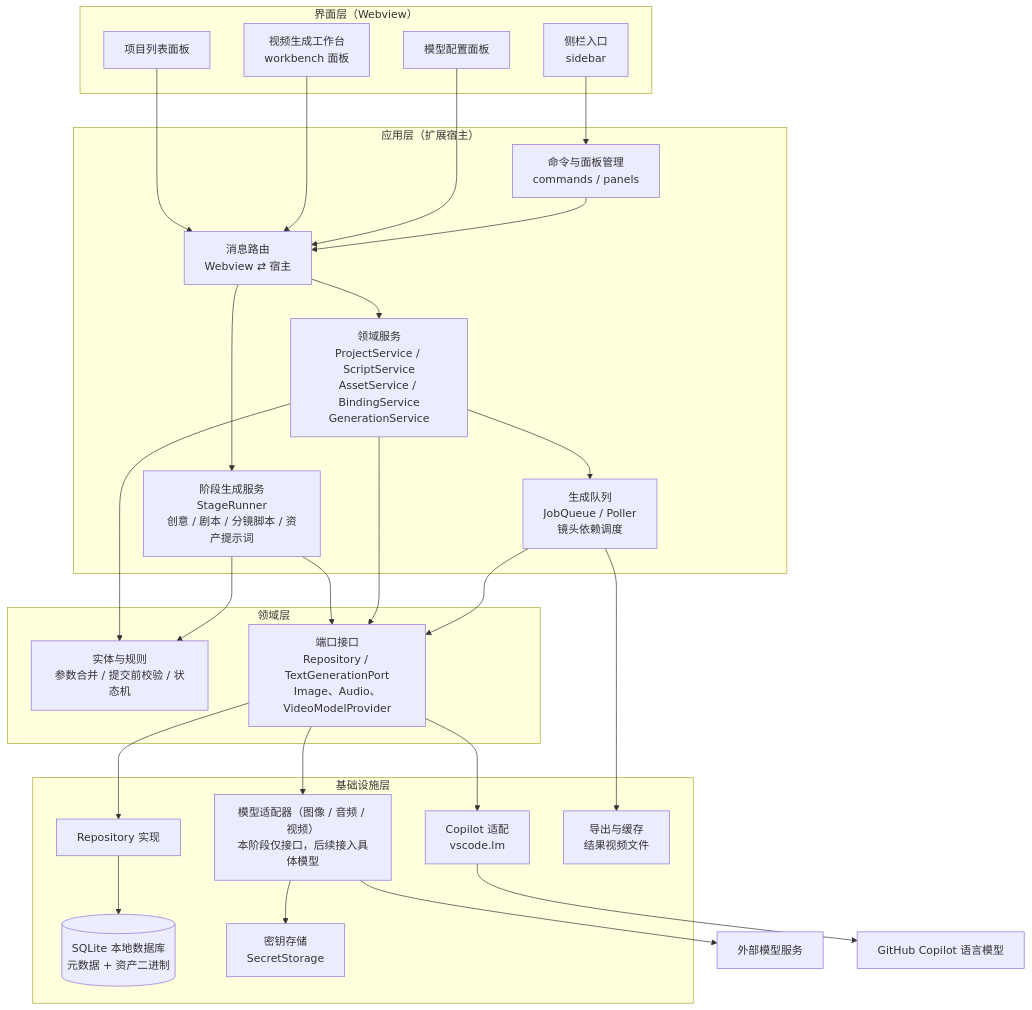
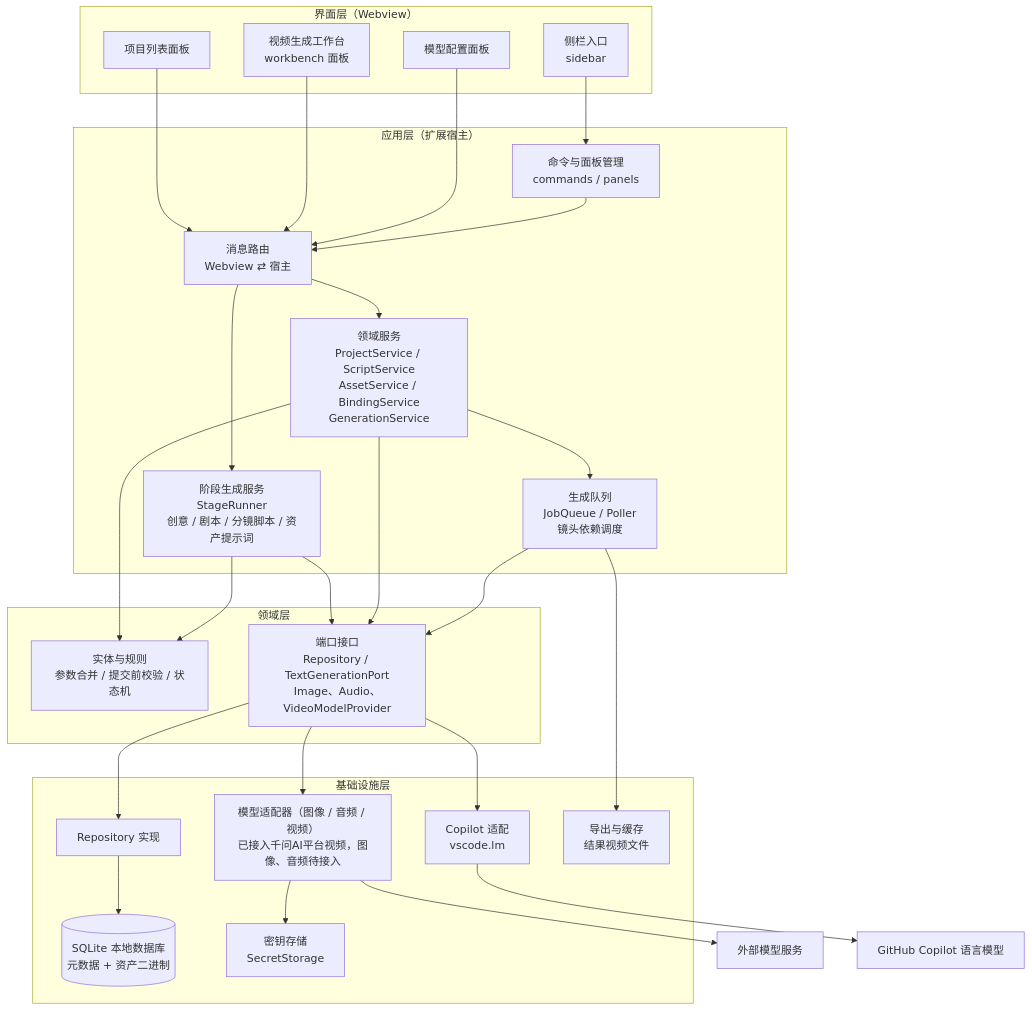
One commit to sengbin/ai-video-studio changed the first of 10 diagrams in docs/ARCHITECTURE.md. Above: the diagram before and after it, drawn with Mermaid. The commit also changed other lines of this file and 34 other files, not shown here.

````diff
--- a/docs/ARCHITECTURE.md
+++ b/docs/ARCHITECTURE.md
@@ -22,56 +23,56 @@
 ```mermaid
 flowchart TB
   subgraph UI["界面层（Webview）"]
     SB["侧栏入口<br/>sidebar"]
     WB["视频生成工作台<br/>workbench 面板"]
     PM["项目列表面板"]
     MC["模型配置面板"]
   end
 
   subgraph APP["应用层（扩展宿主）"]
     CMD["命令与面板管理<br/>commands / panels"]
     MSG["消息路由<br/>Webview ⇄ 宿主"]
     SVC["领域服务<br/>ProjectService / ScriptService<br/>AssetService / BindingService<br/>GenerationService"]
     QUE["生成队列<br/>JobQueue / Poller<br/>镜头依赖调度"]
     STG["阶段生成服务<br/>StageRunner<br/>创意 / 剧本 / 分镜脚本 / 资产提示词"]
   end
 
   subgraph DOM["领域层"]
     ENT["实体与规则<br/>参数合并 / 提交前校验 / 状态机"]
     PORT["端口接口<br/>Repository / TextGenerationPort<br/>Image、Audio、VideoModelProvider"]
   end
 
   subgraph INFRA["基础设施层"]
     DB[("SQLite 本地数据库<br/>元数据 + 资产二进制")]
     REPO["Repository 实现"]
-    PRV["模型适配器（图像 / 音频 / 视频）<br/>本阶段仅接口，后续接入具体模型"]
+    PRV["模型适配器（图像 / 音频 / 视频）<br/>已接入千问AI平台视频，图像、音频待接入"]
     COP["Copilot 适配<br/>vscode.lm"]
     SEC["密钥存储<br/>SecretStorage"]
     FS["导出与缓存<br/>结果视频文件"]
   end
 
   EXT["外部模型服务"]
   CPL["GitHub Copilot 语言模型"]
 
   SB --> CMD
   PM --> MSG
   WB --> MSG
   MC --> MSG
   CMD --> MSG
   MSG --> SVC
   MSG --> STG
   SVC --> ENT
   STG --> ENT
   STG --> PORT
   SVC --> QUE
   SVC --> PORT
   QUE --> PORT
   PORT --> REPO
   PORT --> PRV
   PORT --> COP
   COP --> CPL
   REPO --> DB
   PRV --> SEC
   PRV --> EXT
   QUE --> FS
 ```
````
